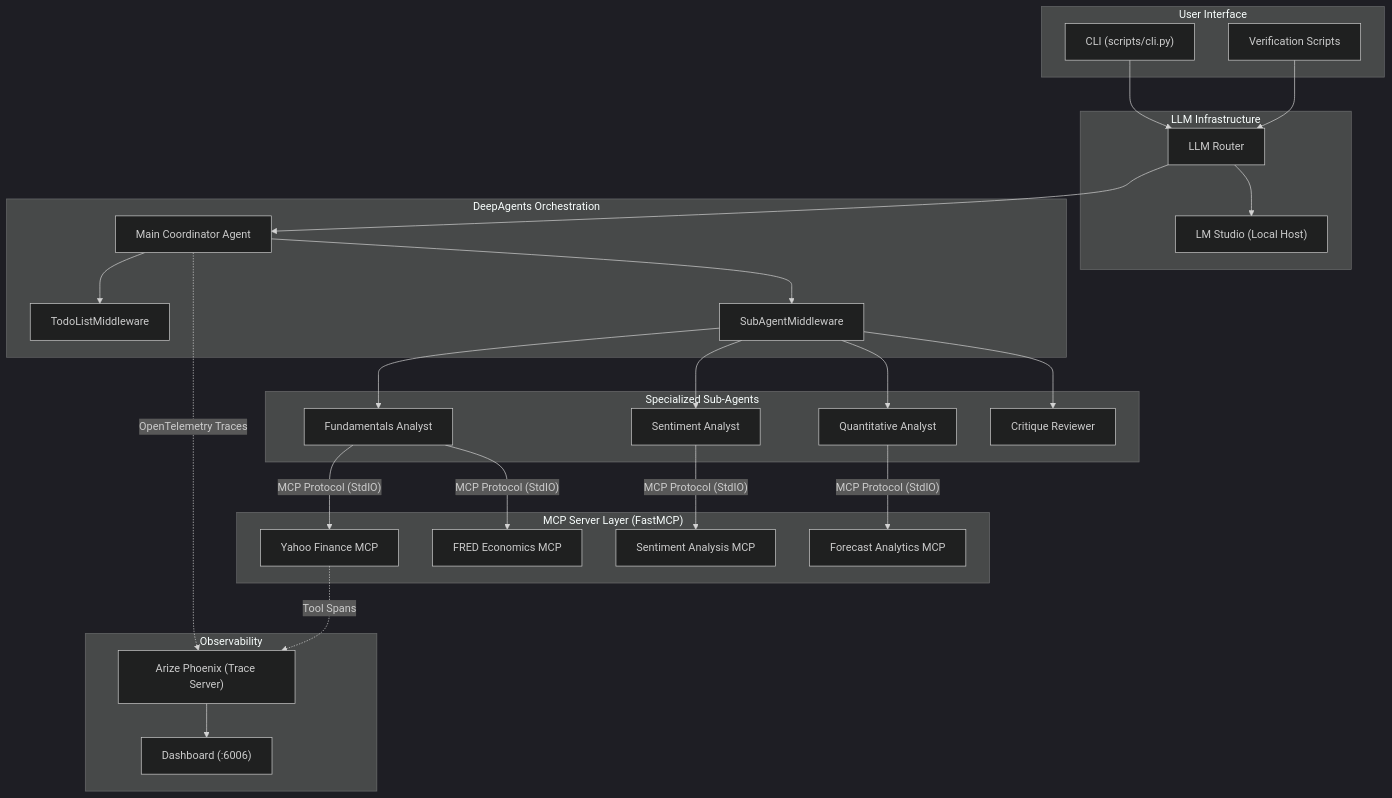
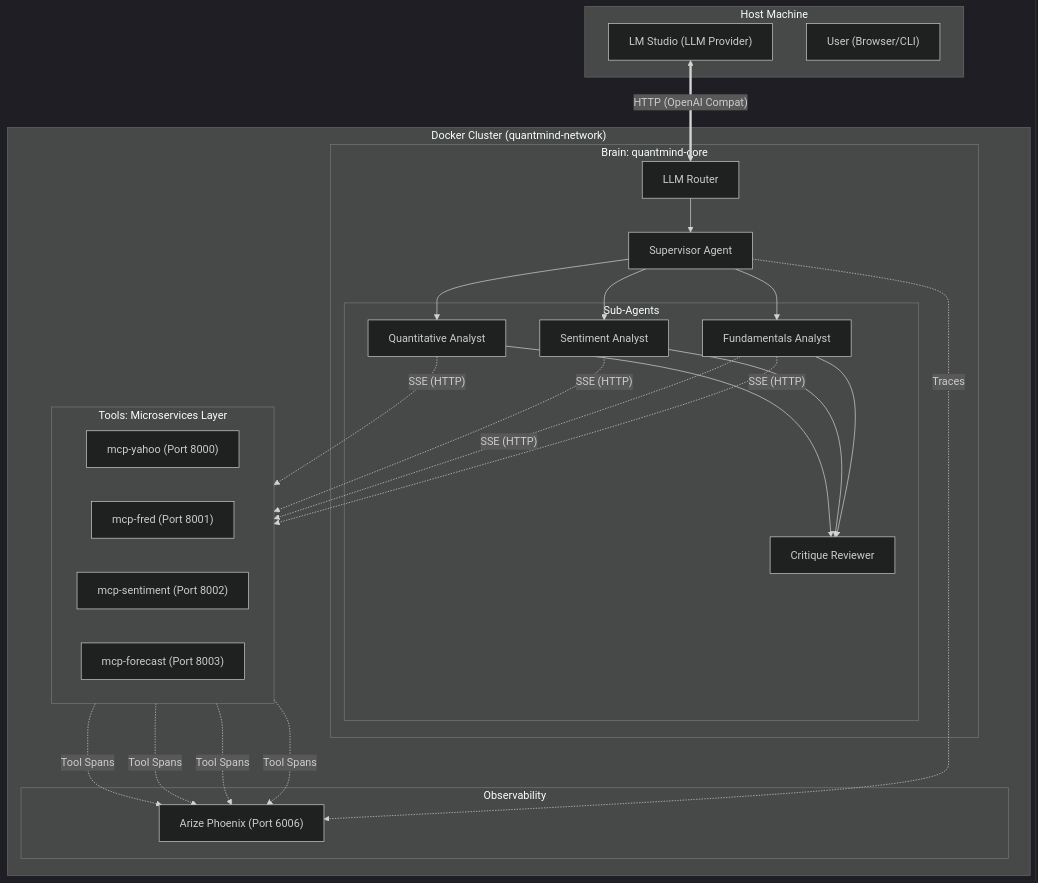
The diagram in README.md (kaushikkumarkr/Quant-Deepagent), drawn with Mermaid (dark theme) before and after one commit. The commit also changed other lines of this file and 25 other files, not shown here.

Commit message:
feat: Dockerized Microservices Architecture & System Docs

````diff
--- a/README.md
+++ b/README.md
@@ -7,58 +13,49 @@
 ```mermaid
 graph TB
-    subgraph "User Interface"
-        CLI["CLI (scripts/cli.py)"]
-        Verify["Verification Scripts"]
+    subgraph "Host Machine"
+        LMStudio["LM Studio (LLM Provider)"]
+        Browser["User (Browser/CLI)"]
     end
 
-    subgraph "LLM Infrastructure"
-        Router["LLM Router"]
-        LMStudio["LM Studio (Local Host)"]
-        Router --> LMStudio
+    subgraph "Docker Cluster (quantmind-network)"
+        
+        subgraph "Brain: quantmind-core"
+            Router["LLM Router"]
+            Supervisor["Supervisor Agent"]
+            
+            subgraph "Sub-Agents"
+                Funds["Fundamentals Analyst"]
+                Sent["Sentiment Analyst"]
+                Quant["Quantitative Analyst"]
+                Crit["Critique Reviewer"]
+            end
+            
+            Router --> Supervisor
+            Supervisor --> Funds & Sent & Quant
+            Funds & Sent & Quant --> Crit
+        end
+
+        subgraph "Tools: Microservices Layer"
+            direction LR
+            Yahoo["mcp-yahoo (Port 8000)"]
+            Fred["mcp-fred (Port 8001)"]
+            News["mcp-sentiment (Port 8002)"]
+            Prophet["mcp-forecast (Port 8003)"]
+        end
+
+        subgraph "Observability"
+            Phoenix["Arize Phoenix (Port 6006)"]
+        end
     end
 
-    subgraph "DeepAgents Orchestration"
-        Main["Main Coordinator Agent"]
-        Todo["TodoListMiddleware"]
-        Sub["SubAgentMiddleware"]
-        Main --> Todo
-        Main --> Sub
-    end
-
-    subgraph "Specialized Sub-Agents"
-        FA["Fundamentals Analyst"]
-        SA["Sentiment Analyst"]
-        QA["Quantitative Analyst"]
-        CR["Critique Reviewer"]
-    end
-
-    subgraph "MCP Server Layer (FastMCP)"
-        YahooMCP["Yahoo Finance MCP"]
-        FredMCP["FRED Economics MCP"]
-        SentMCP["Sentiment Analysis MCP"]
-        CastMCP["Forecast Analytics MCP"]
-    end
-
-    subgraph "Observability"
-        Phoenix["Arize Phoenix (Trace Server)"]
-        UI["Dashboard (:6006)"]
-        Phoenix --> UI
-    end
-
-    CLI --> Router
-    Verify --> Router
-    Router --> Main
-    Sub --> FA
-    Sub --> SA
-    Sub --> QA
-    Sub --> CR
+    %% Connections
+    LMStudio <== "HTTP (OpenAI Compat)" ==> Router
     
-    FA -- "MCP Protocol (StdIO)" --> YahooMCP
-    FA -- "MCP Protocol (StdIO)" --> FredMCP
-    SA -- "MCP Protocol (StdIO)" --> SentMCP
-    QA -- "MCP Protocol (StdIO)" --> CastMCP
-
-    %% Auto-Instrumentation Hooks
-    Main -. "OpenTelemetry Traces" .-> Phoenix
-    YahooMCP -. "Tool Spans" .-> Phoenix
+    Funds -. "SSE (HTTP)" .-> Yahoo
+    Funds -. "SSE (HTTP)" .-> Fred
+    Sent -. "SSE (HTTP)" .-> News
+    Quant -. "SSE (HTTP)" .-> Prophet
+    
+    Supervisor -. "Traces" .-> Phoenix
+    Yahoo & Fred & News & Prophet -. "Tool Spans" .-> Phoenix
 ```
````
